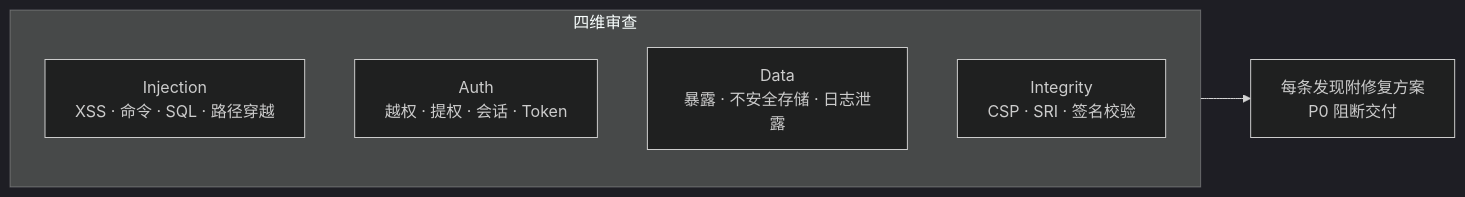
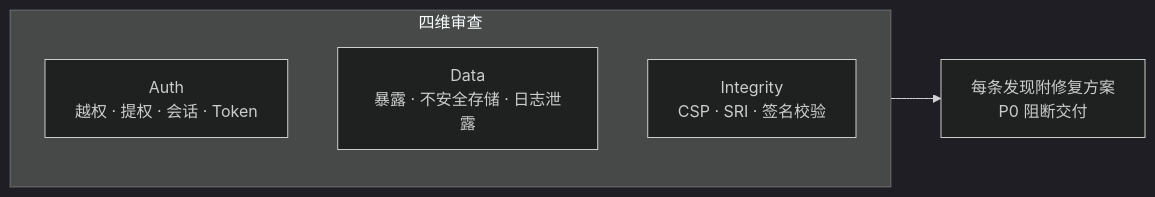
Before and after one commit to effiy/YrY: the fourth of 6 diagrams in agents/security.md, drawn with Mermaid (dark theme). The commit also changed other lines of this file and 42 other files, not shown here.

First line of the commit message:
feat: apply Mermaid authoring rules (M1-M12) across entire codebase

````diff
--- a/agents/security.md
+++ b/agents/security.md
@@ -75,11 +86,12 @@
 ```mermaid
 flowchart LR
     subgraph 四维["四维审查"]
-        INJ["Injection<br/>XSS · 命令 · SQL · 路径穿越"]:::dim
+        direction TB
         AUTH["Auth<br/>越权 · 提权 · 会话 · Token"]:::dim
         DATA["Data<br/>暴露 · 不安全存储 · 日志泄露"]:::dim
         INT["Integrity<br/>CSP · SRI · 签名校验"]:::dim
     end
     四维 --> OUT["每条发现附修复方案<br/>P0 阻断交付"]:::out
 
+
 ```
````
